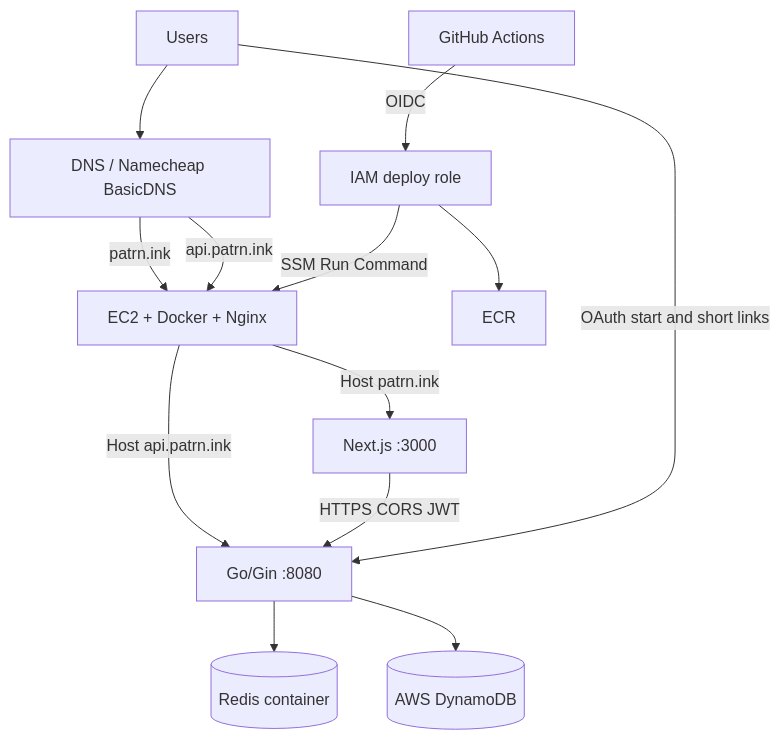
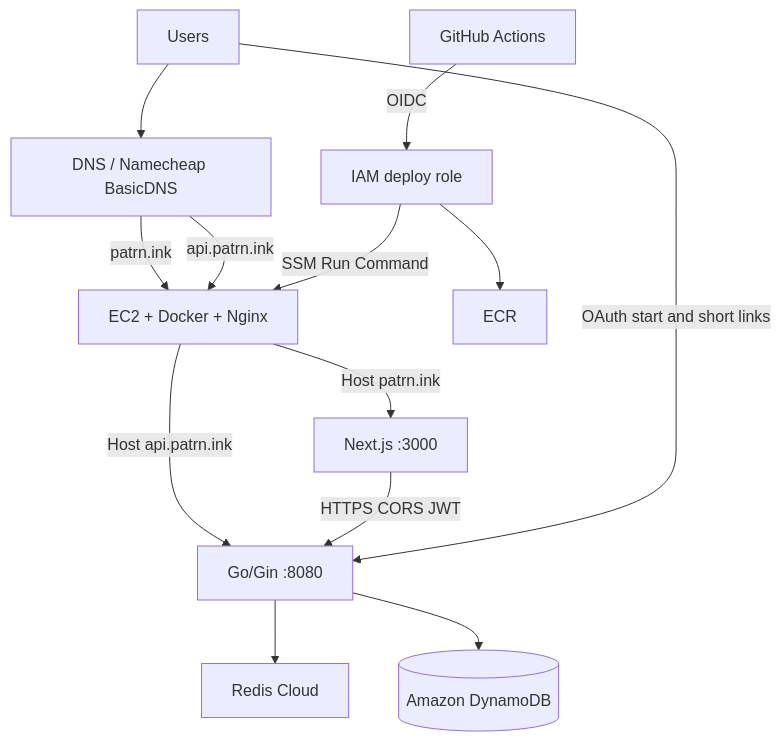
One commit to TukitoZenx/patrn.ink-api changed the diagram in deploy/DEPLOYMENT.md. Above: the diagram before and after it, drawn with Mermaid. The commit also changed other lines of this file and 9 other files, not shown here.

````diff
--- a/deploy/DEPLOYMENT.md
+++ b/deploy/DEPLOYMENT.md
@@ -31,15 +32,15 @@
 ```mermaid
 flowchart TD
     Users[Users] --> DNS[DNS / Namecheap BasicDNS]
     DNS -->|patrn.ink| EC2[EC2 + Docker + Nginx]
     DNS -->|api.patrn.ink| EC2
     EC2 -->|Host patrn.ink| UI[Next.js :3000]
     EC2 -->|Host api.patrn.ink| API[Go/Gin :8080]
     UI -->|HTTPS CORS JWT| API
     Users -->|OAuth start and short links| API
-    API --> Redis[(Redis container)]
-    API --> DDB[(AWS DynamoDB)]
+    API --> Redis[Redis Cloud]
+    API --> DDB[(Amazon DynamoDB)]
     GHA[GitHub Actions] -->|OIDC| IAM[IAM deploy role]
     IAM --> ECR[ECR]
     IAM -->|SSM Run Command| EC2
 ```
````
